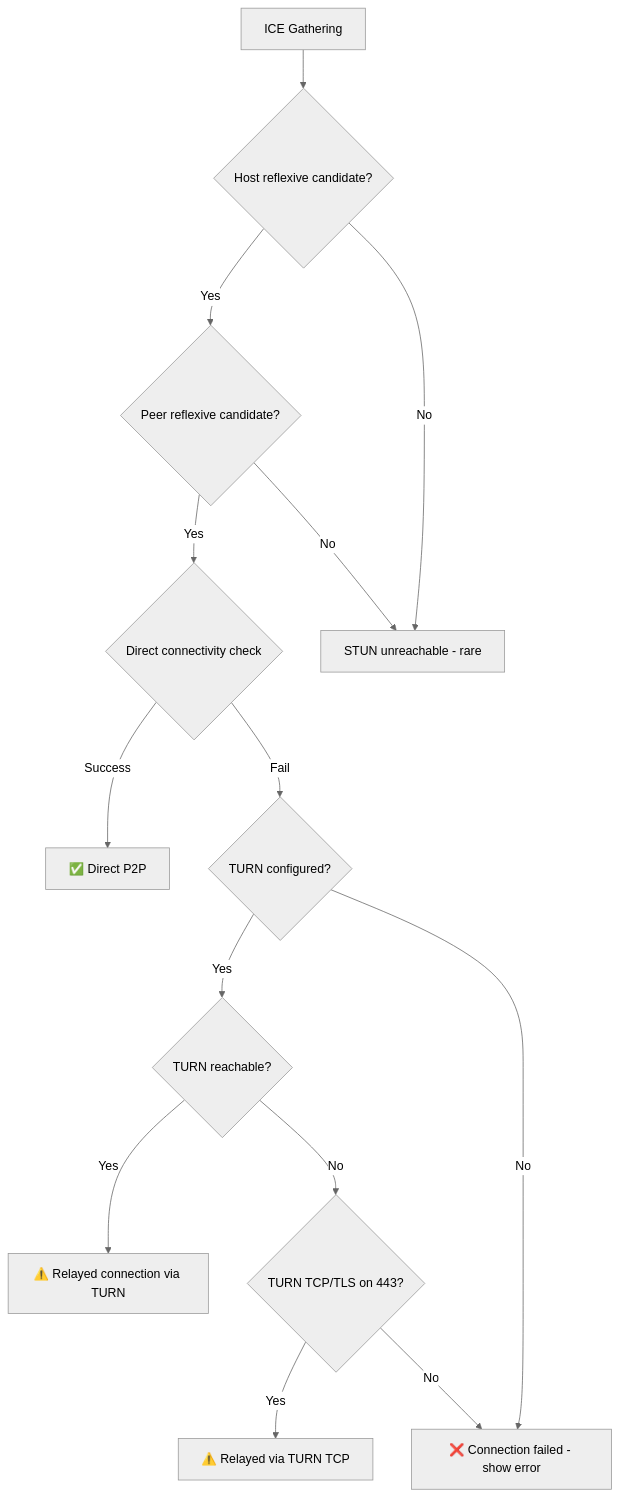
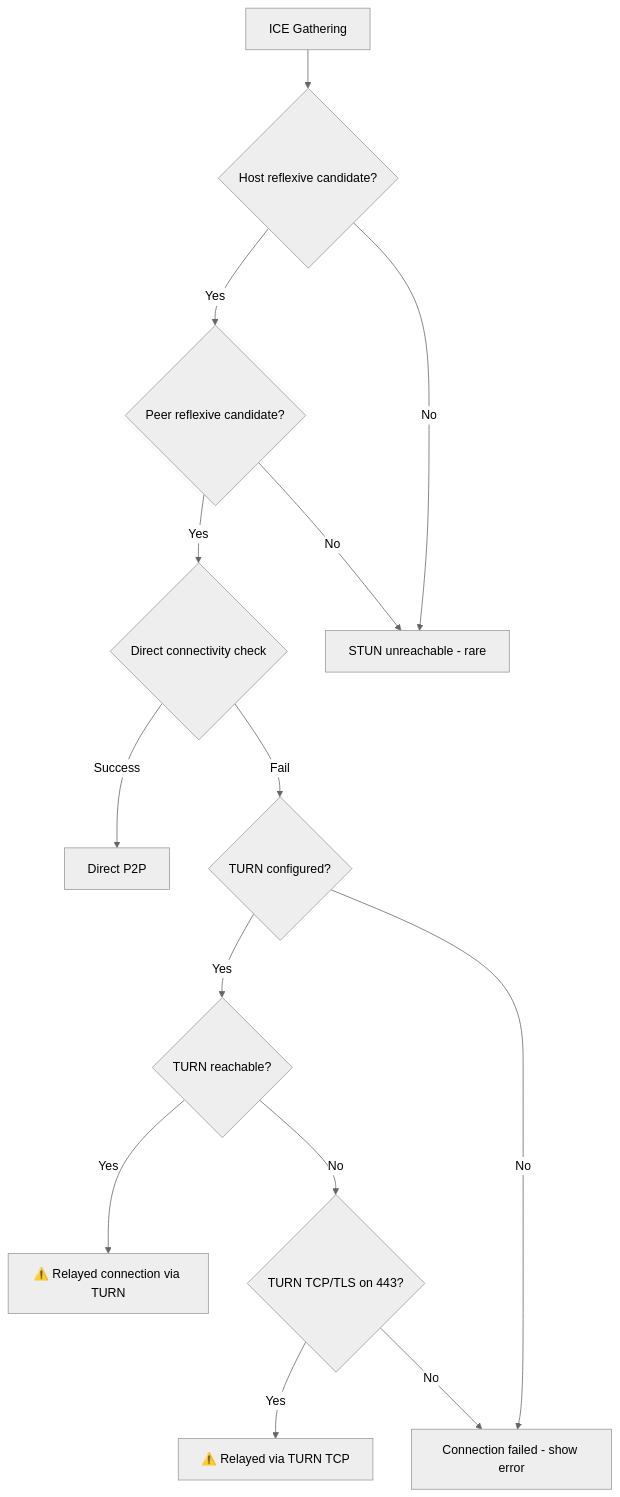
Before and after one commit to nerdlydev/nerdShare: the diagram in docs/security-and-failure-modes.md, drawn with Mermaid (neutral theme). The commit also changed other lines of this file and 13 other files, not shown here.

````diff
--- a/docs/security-and-failure-modes.md
+++ b/docs/security-and-failure-modes.md
@@ -140,16 +140,16 @@
 ```mermaid
 flowchart TD
     A[ICE Gathering] --> B{Host reflexive candidate?}
     B -->|Yes| C{Peer reflexive candidate?}
     B -->|No| D[STUN unreachable - rare]
     C -->|Yes| E{Direct connectivity check}
     C -->|No| D
-    E -->|Success| F["✅ Direct P2P"]
+    E -->|Success| F["  Direct P2P"]
     E -->|Fail| G{TURN configured?}
     G -->|Yes| H{TURN reachable?}
-    G -->|No| I["❌ Connection failed - show error"]
+    G -->|No| I["  Connection failed - show error"]
     H -->|Yes| J["⚠️ Relayed connection via TURN"]
     H -->|No| K{TURN TCP/TLS on 443?}
     K -->|Yes| L["⚠️ Relayed via TURN TCP"]
     K -->|No| I
 ```
````
